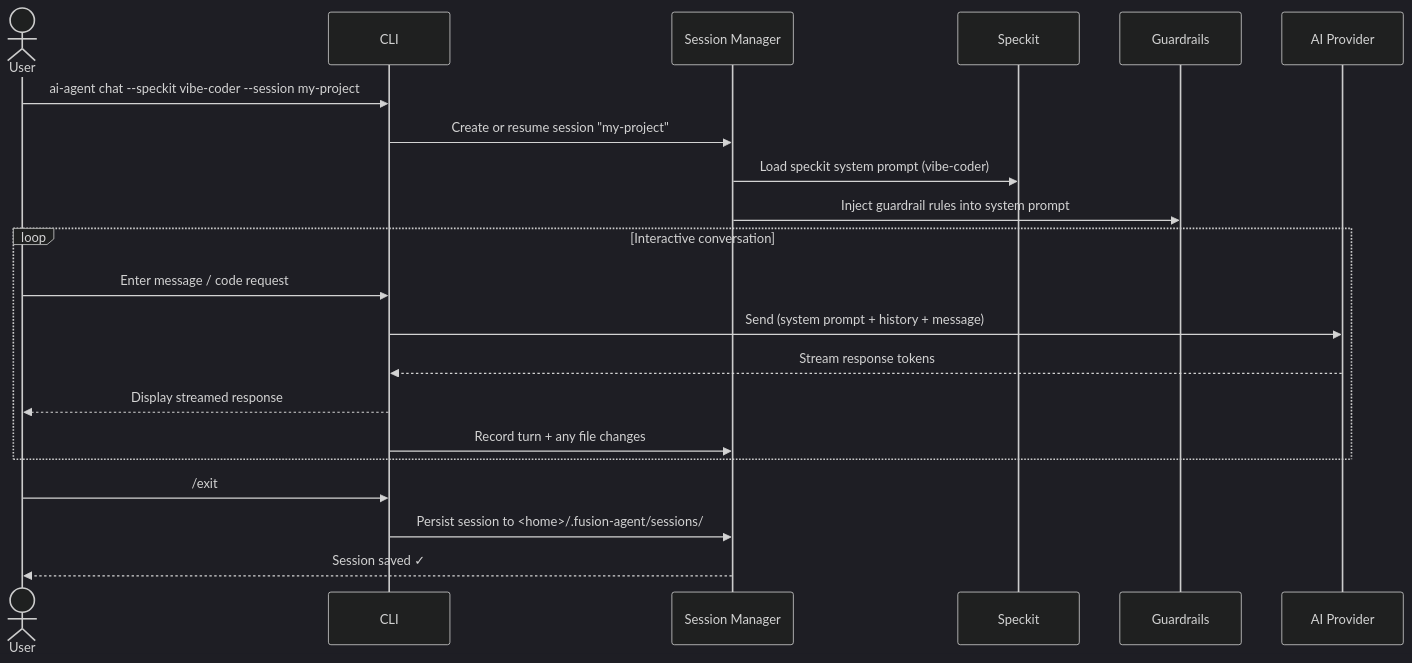
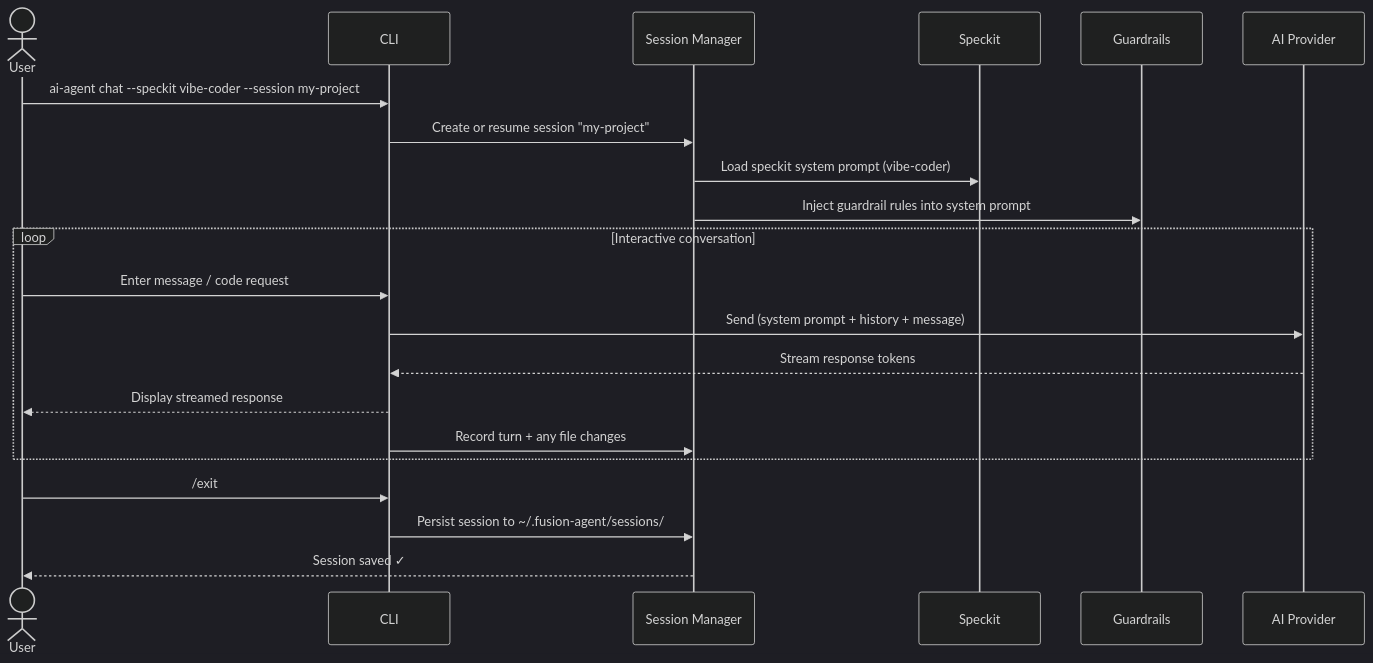
The second of 4 diagrams in README.md (fury-r/fusion-agent), drawn with Mermaid (dark theme) before and after one commit. The commit also changed other lines of this file and 8 other files, not shown here.

````diff
--- a/README.md
+++ b/README.md
@@ -73,26 +83,26 @@
 ```mermaid
 sequenceDiagram
     actor U as User
     participant CLI as CLI
     participant SM as Session Manager
     participant SK as Speckit
     participant G as Guardrails
     participant P as AI Provider
 
     U->>CLI: ai-agent chat --speckit vibe-coder --session my-project
     CLI->>SM: Create or resume session "my-project"
     SM->>SK: Load speckit system prompt (vibe-coder)
     SM->>G: Inject guardrail rules into system prompt
 
     loop Interactive conversation
         U->>CLI: Enter message / code request
         CLI->>P: Send (system prompt + history + message)
         P-->>CLI: Stream response tokens
         CLI-->>U: Display streamed response
         CLI->>SM: Record turn + any file changes
     end
 
     U->>CLI: /exit
-    CLI->>SM: Persist session to <home>/.fusion-agent/sessions/
+    CLI->>SM: Persist session to ~/.fusion-agent/sessions/
     SM-->>U: Session saved ✓
 ```
````
